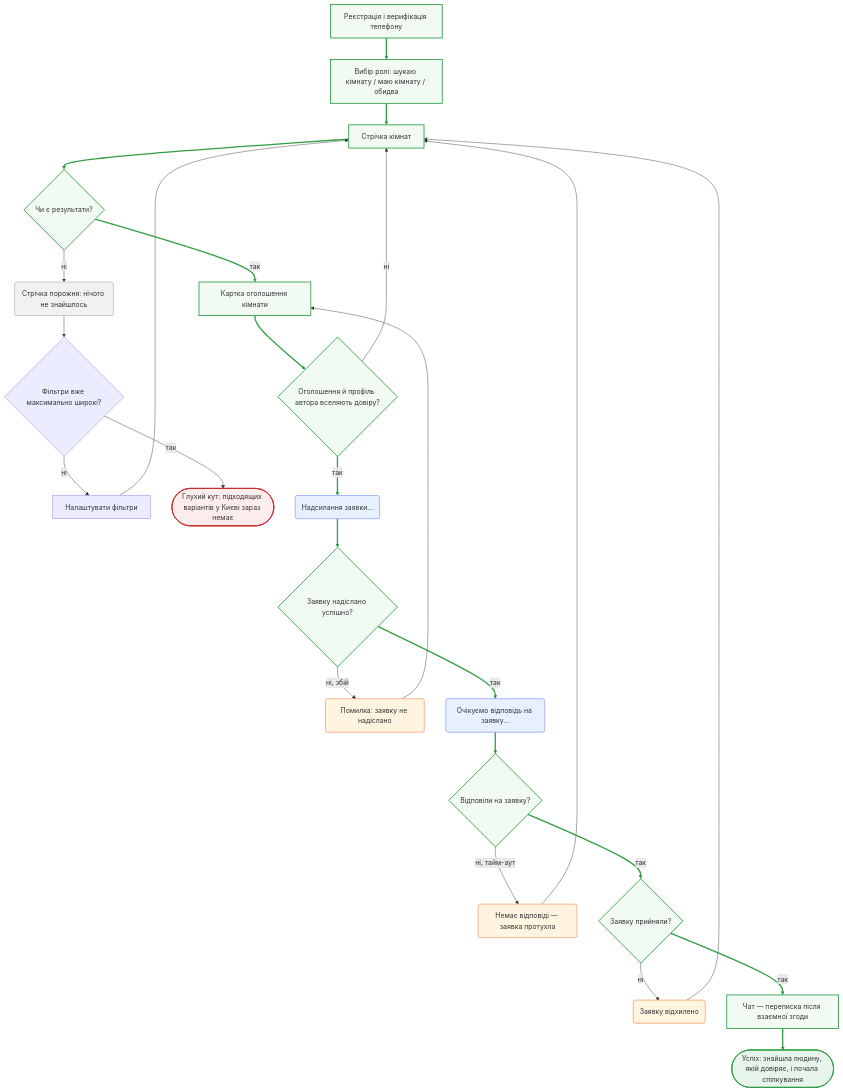
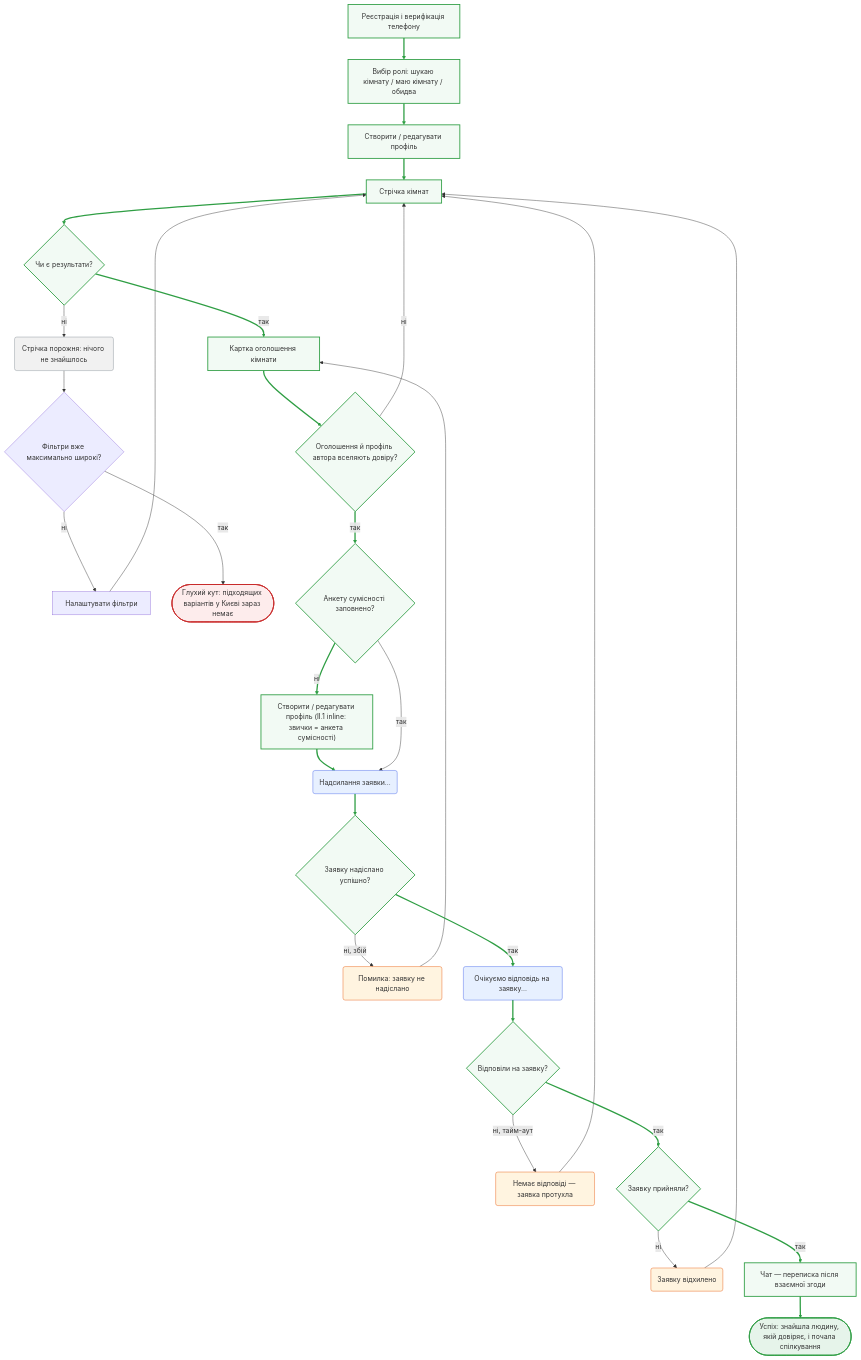
The first of 4 diagrams in flows.md (denysosadchyi/kootok), drawn with Mermaid before and after one commit. The commit also changed other lines of this file and 381 other files, not shown here.

````diff
--- a/flows.md
+++ b/flows.md
@@ -25,41 +25,45 @@
 ```mermaid
 flowchart TD
     A["Реєстрація і верифікація телефону"] --> B["Вибір ролі: шукаю кімнату / маю кімнату / обидва"]
-    B --> C["Стрічка кімнат"]
+    B --> B2["Створити / редагувати профіль"]
+    B2 --> C["Стрічка кімнат"]
     C --> D{"Чи є результати?"}
     D -->|ні| E("Стрічка порожня: нічого не знайшлось")
     E --> F{"Фільтри вже максимально широкі?"}
     F -->|ні| G["Налаштувати фільтри"]
     G --> C
     F -->|так| H(["Глухий кут: підходящих варіантів у Києві зараз немає"])
     D -->|так| I["Картка оголошення кімнати"]
     I --> J{"Оголошення й профіль автора вселяють довіру?"}
     J -->|ні| C
-    J -->|так| K("Надсилання заявки...")
+    J -->|так| U{"Анкету сумісності заповнено?"}
+    U -->|ні| V["Створити / редагувати профіль (II.1 inline: звички = анкета сумісності)"]
+    V --> K("Надсилання заявки...")
+    U -->|так| K
     K --> L{"Заявку надіслано успішно?"}
     L -->|ні, збій| M("Помилка: заявку не надіслано")
     M --> I
     L -->|так| N("Очікуємо відповідь на заявку...")
     N --> O{"Відповіли на заявку?"}
     O -->|ні, тайм-аут| P("Немає відповіді — заявка протухла")
     P --> C
     O -->|так| Q{"Заявку прийняли?"}
     Q -->|ні| R("Заявку відхилено")
     R --> C
     Q -->|так| S["Чат — переписка після взаємної згоди"]
     S --> T(["Успіх: знайшла людину, якій довіряє, і почала спілкування"])
 
     classDef success fill:#e6f4ea,stroke:#2f9e44,stroke-width:2px;
     classDef happy fill:#f2faf4,stroke:#2f9e44,stroke-width:2px;
     classDef stuck fill:#fdecec,stroke:#c92a2a,stroke-width:2px;
     classDef err fill:#fff4e0,stroke:#e8590c;
     classDef wait fill:#e7f0ff,stroke:#4263eb;
     classDef empty fill:#f1f1f1,stroke:#868e96;
     class T success;
-    class A,B,C,D,I,J,L,O,Q,S happy;
+    class A,B,B2,C,D,I,J,U,V,L,O,Q,S happy;
     class H stuck;
     class M,P,R err;
     class K,N wait;
     class E empty;
-    linkStyle 0,1,2,8,9,11,12,15,16,19,22,23 stroke:#2f9e44,stroke-width:3px;
+    linkStyle 0,1,2,3,9,10,12,13,14,16,19,20,23,26,27 stroke:#2f9e44,stroke-width:3px;
 ```
````
